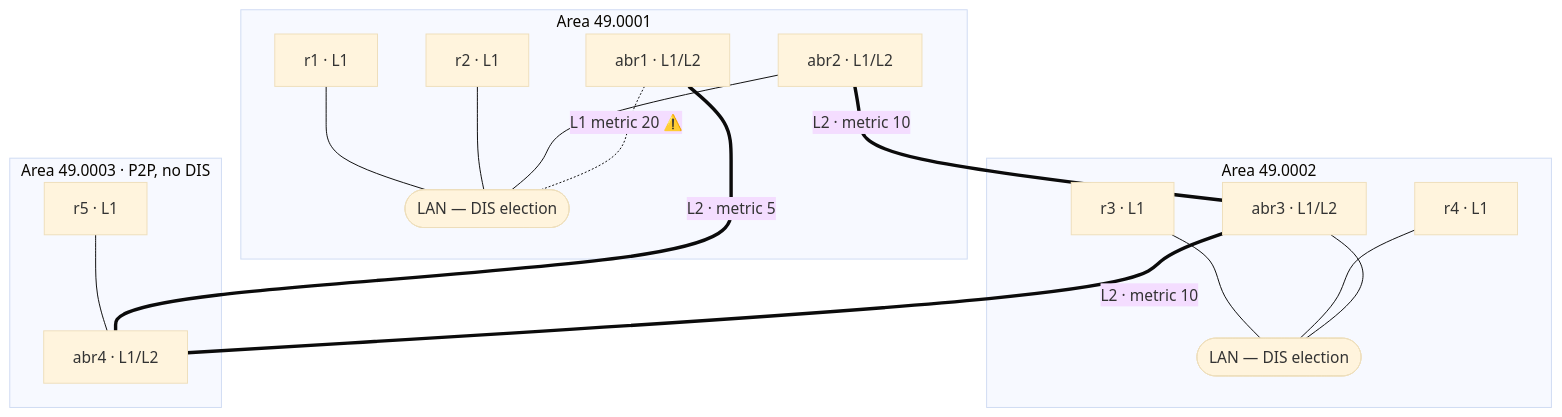
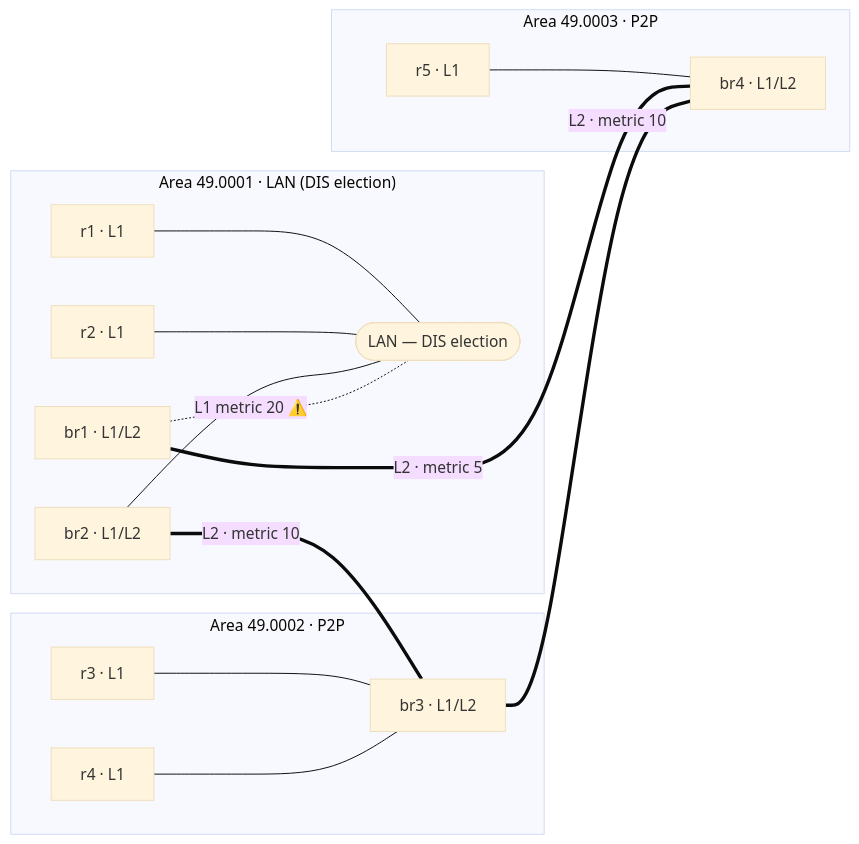
Before and after one commit to severindellsperger/netlab-isis-lab: the diagram in README.md, drawn with Mermaid (base theme). The commit also changed other lines of this file and 1 other file, not shown here.

Commit message:
fix: rename abr→br routers, make Areas 2/3 P2P, fix Mermaid diagram layout

````diff
--- a/README.md
+++ b/README.md
@@ -11,34 +11,32 @@
 ```mermaid
-graph TD
-    subgraph A1["Area 49.0001"]
+graph LR
+    subgraph A1["Area 49.0001 · LAN (DIS election)"]
         LAN1(["LAN — DIS election"])
         r1["r1 · L1"]
         r2["r2 · L1"]
-        abr1["abr1 · L1/L2"]
-        abr2["abr2 · L1/L2"]
+        br1["br1 · L1/L2"]
+        br2["br2 · L1/L2"]
         r1 --- LAN1
         r2 --- LAN1
-        abr2 --- LAN1
-        abr1 -. "L1 metric 20 ⚠️" .- LAN1
+        br2 --- LAN1
+        br1 -. "L1 metric 20 ⚠️" .- LAN1
     end
 
-    subgraph A2["Area 49.0002"]
-        LAN2(["LAN — DIS election"])
+    subgraph A3["Area 49.0003 · P2P"]
+        r5["r5 · L1"]
+        br4["br4 · L1/L2"]
+        r5 --- br4
+    end
+
+    subgraph A2["Area 49.0002 · P2P"]
         r3["r3 · L1"]
         r4["r4 · L1"]
-        abr3["abr3 · L1/L2"]
-        r3 --- LAN2
-        r4 --- LAN2
-        abr3 --- LAN2
+        br3["br3 · L1/L2"]
+        r3 --- br3
+        r4 --- br3
     end
 
-    subgraph A3["Area 49.0003 · P2P, no DIS"]
-        r5["r5 · L1"]
-        abr4["abr4 · L1/L2"]
-        r5 --- abr4
-    end
-
-    abr1 == "L2 · metric 5" === abr4
-    abr2 == "L2 · metric 10" === abr3
-    abr3 == "L2 · metric 10" === abr4
+    br1 == "L2 · metric 5" === br4
+    br2 == "L2 · metric 10" === br3
+    br3 == "L2 · metric 10" === br4
 ```
````
